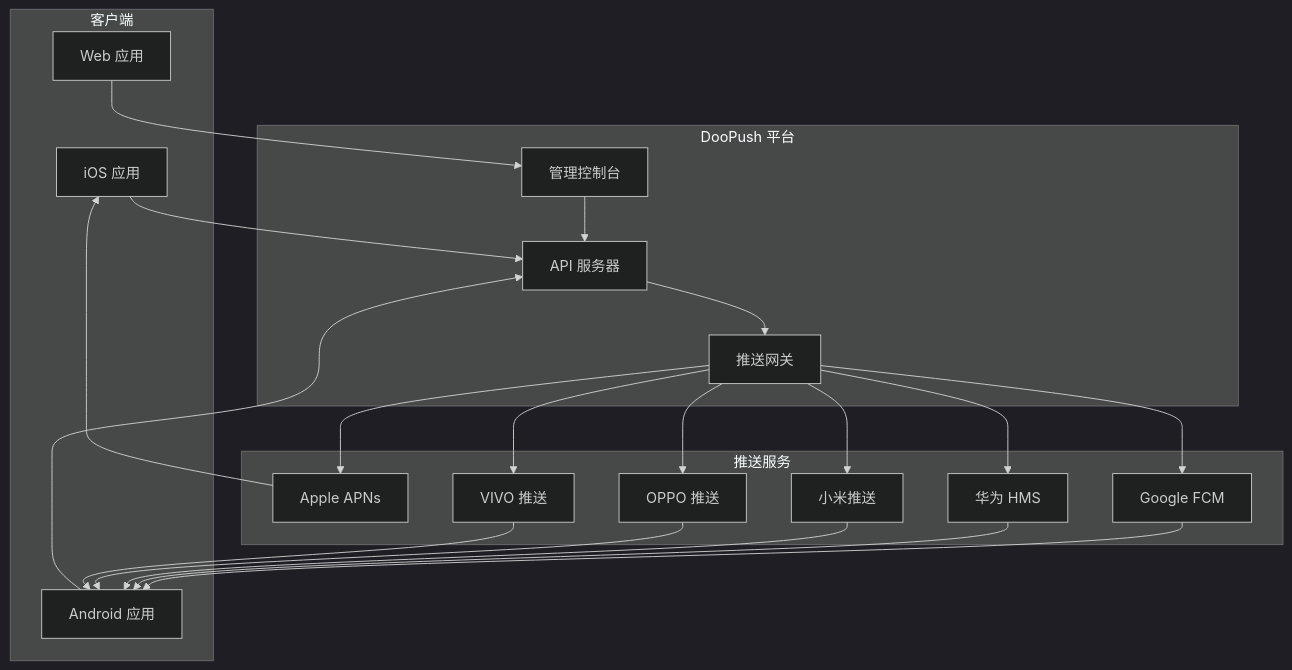
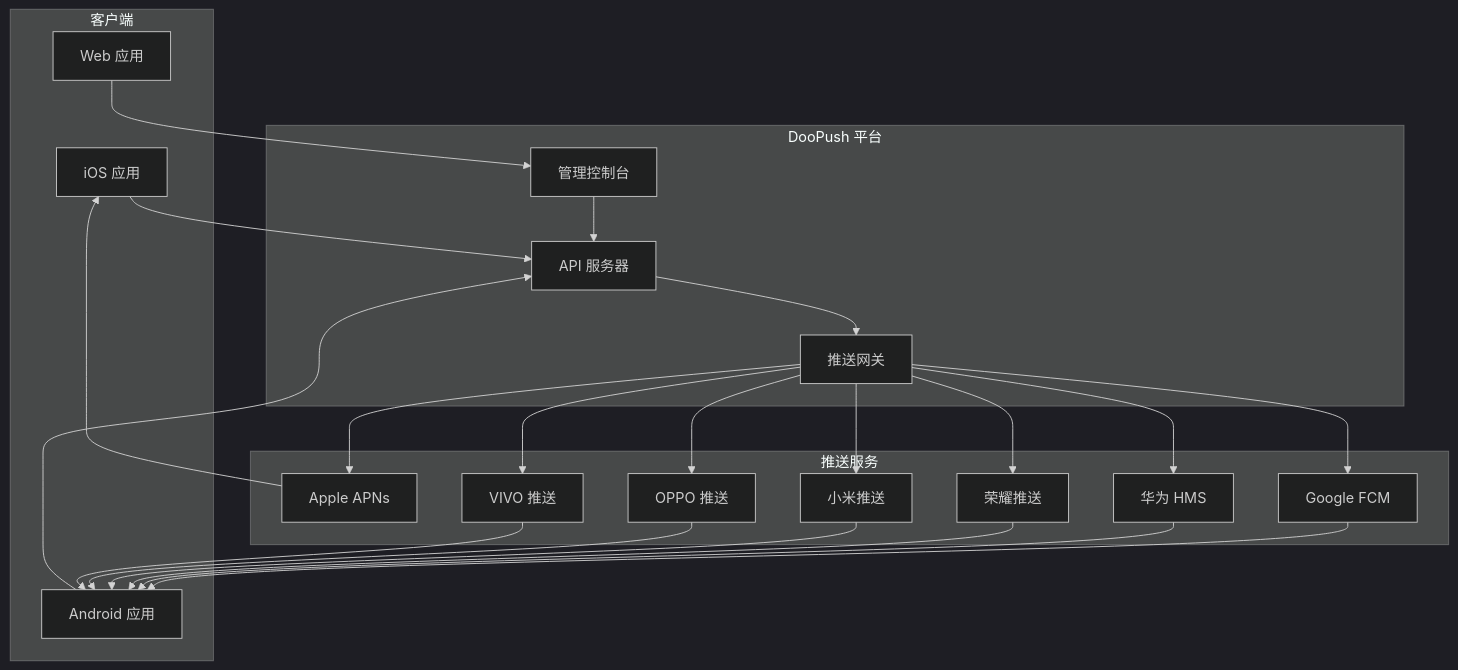
The first of 5 diagrams in docs/public/examples/diagrams/architecture-overview.md (doopush/doopush), drawn with Mermaid (dark theme) before and after one commit. The commit also changed 6 other files, not shown here.

````diff
--- a/docs/public/examples/diagrams/architecture-overview.md
+++ b/docs/public/examples/diagrams/architecture-overview.md
@@ -7,44 +7,47 @@
 ```mermaid
 graph TB
     subgraph "客户端"
         iOS[iOS 应用]
         Android[Android 应用]
         Web[Web 应用]
     end
     
     subgraph "DooPush 平台"
         API[API 服务器]
         Console[管理控制台]
         Gateway[推送网关]
     end
     
     subgraph "推送服务"
         APNs[Apple APNs]
         FCM[Google FCM]
         HMS[华为 HMS]
+        Honor[荣耀推送]
         MIUI[小米推送]
         OPPO[OPPO 推送]
         VIVO[VIVO 推送]
     end
     
     iOS --> API
     Android --> API
     Web --> Console
     
     API --> Gateway
     Console --> API
     
     Gateway --> APNs
     Gateway --> FCM
     Gateway --> HMS
+    Gateway --> Honor
     Gateway --> MIUI
     Gateway --> OPPO
     Gateway --> VIVO
     
     APNs --> iOS
     FCM --> Android
     HMS --> Android
+    Honor --> Android
     MIUI --> Android
     OPPO --> Android
     VIVO --> Android
 ```
````
